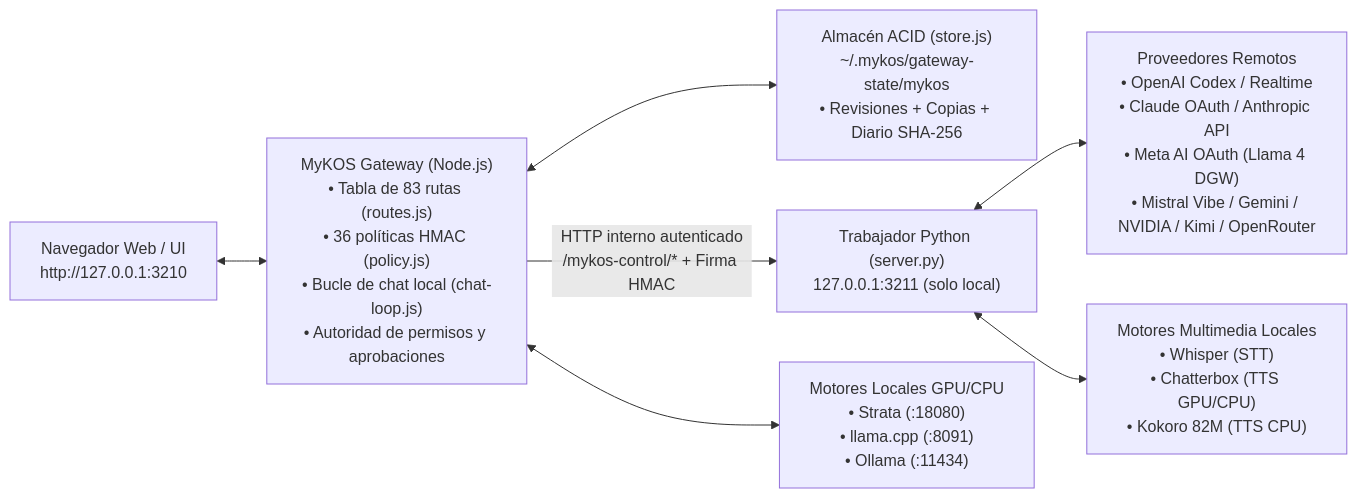
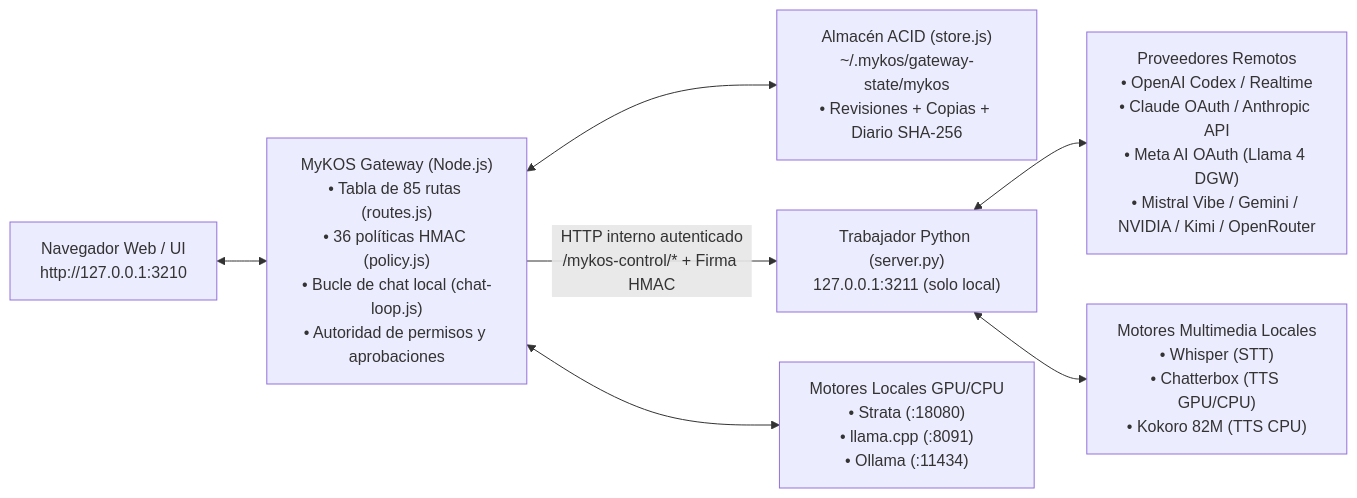
Before and after one commit to eskib0/MyKOS: the diagram in README.md, drawn with Mermaid. The commit also changed other lines of this file and 9 other files, not shown here.

````diff
--- a/README.md
+++ b/README.md
@@ -60,9 +60,9 @@
 ```mermaid
 flowchart LR
-    Browser["Navegador Web / UI\nhttp://127.0.0.1:3210"] <--> Gateway["MyKOS Gateway (Node.js)\n• Tabla de 83 rutas (routes.js)\n• 36 políticas HMAC (policy.js)\n• Bucle de chat local (chat-loop.js)\n• Autoridad de permisos y aprobaciones"]
+    Browser["Navegador Web / UI\nhttp://127.0.0.1:3210"] <--> Gateway["MyKOS Gateway (Node.js)\n• Tabla de 85 rutas (routes.js)\n• 36 políticas HMAC (policy.js)\n• Bucle de chat local (chat-loop.js)\n• Autoridad de permisos y aprobaciones"]
     Gateway <--> Store["Almacén ACID (store.js)\n~/.mykos/gateway-state/mykos\n• Revisiones + Copias + Diario SHA-256"]
     Gateway -- "HTTP interno autenticado\n/mykos-control/* + Firma HMAC" --> Worker["Trabajador Python (server.py)\n127.0.0.1:3211 (solo local)"]
     Gateway <--> LocalEngines["Motores Locales GPU/CPU\n• Strata (:18080)\n• llama.cpp (:8091)\n• Ollama (:11434)"]
     Worker <--> CloudProviders["Proveedores Remotos\n• OpenAI Codex / Realtime\n• Claude OAuth / Anthropic API\n• Meta AI OAuth (Llama 4 DGW)\n• Mistral Vibe / Gemini / NVIDIA / Kimi / OpenRouter"]
     Worker <--> LocalVoice["Motores Multimedia Locales\n• Whisper (STT)\n• Chatterbox (TTS GPU/CPU)\n• Kokoro 82M (TTS CPU)"]
 ```
````
